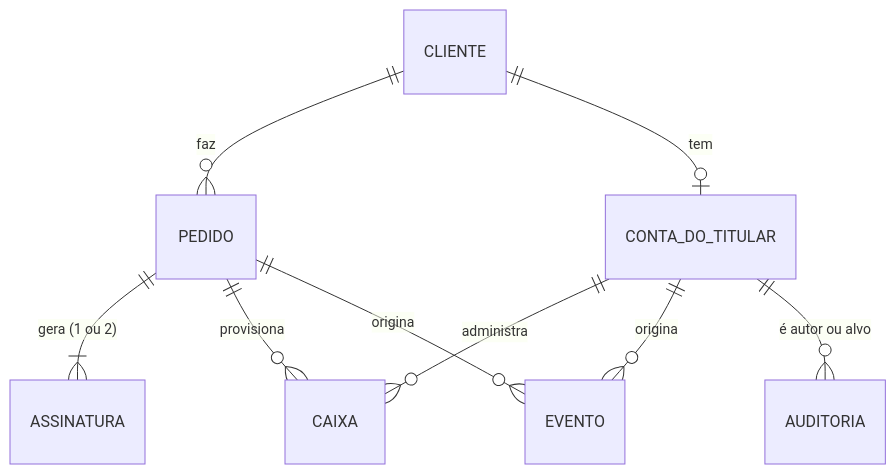
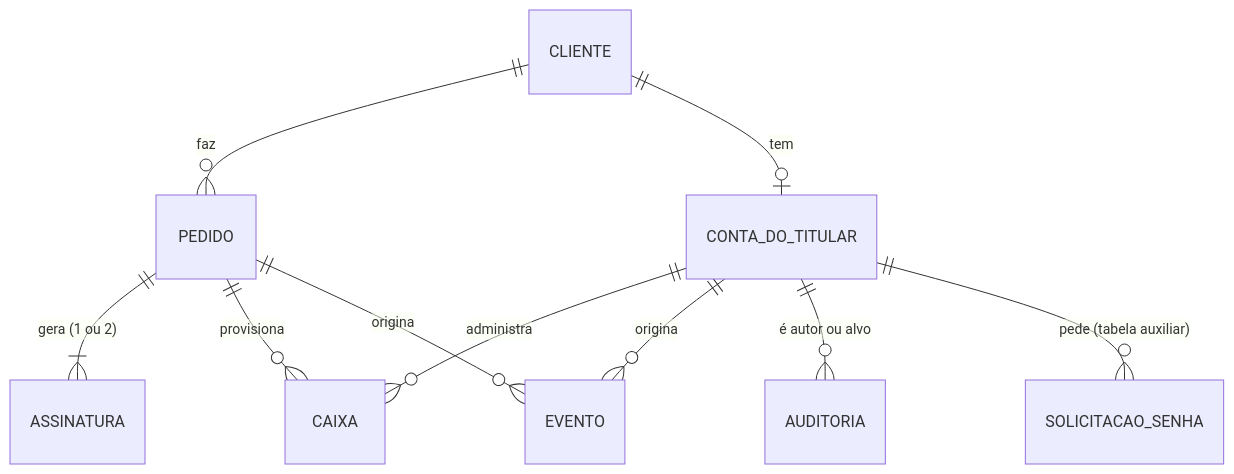
The first of 3 diagrams in docs/adr/anexos/modelo-de-dados.md (cittecnologia/citmail), drawn with Mermaid before and after one commit. The commit also changed other lines of this file and 15 other files, not shown here.

````diff
--- a/docs/adr/anexos/modelo-de-dados.md
+++ b/docs/adr/anexos/modelo-de-dados.md
@@ -19,11 +19,12 @@
 ```mermaid
 erDiagram
   CLIENTE ||--o{ PEDIDO : faz
   CLIENTE ||--o| CONTA_DO_TITULAR : "tem"
   PEDIDO ||--|{ ASSINATURA : "gera (1 ou 2)"
   CONTA_DO_TITULAR ||--o{ CAIXA : administra
   PEDIDO ||--o{ CAIXA : provisiona
   PEDIDO ||--o{ EVENTO : "origina"
   CONTA_DO_TITULAR ||--o{ EVENTO : "origina"
   CONTA_DO_TITULAR ||--o{ AUDITORIA : "é autor ou alvo"
+  CONTA_DO_TITULAR ||--o{ SOLICITACAO_SENHA : "pede (tabela auxiliar)"
 ```
````
